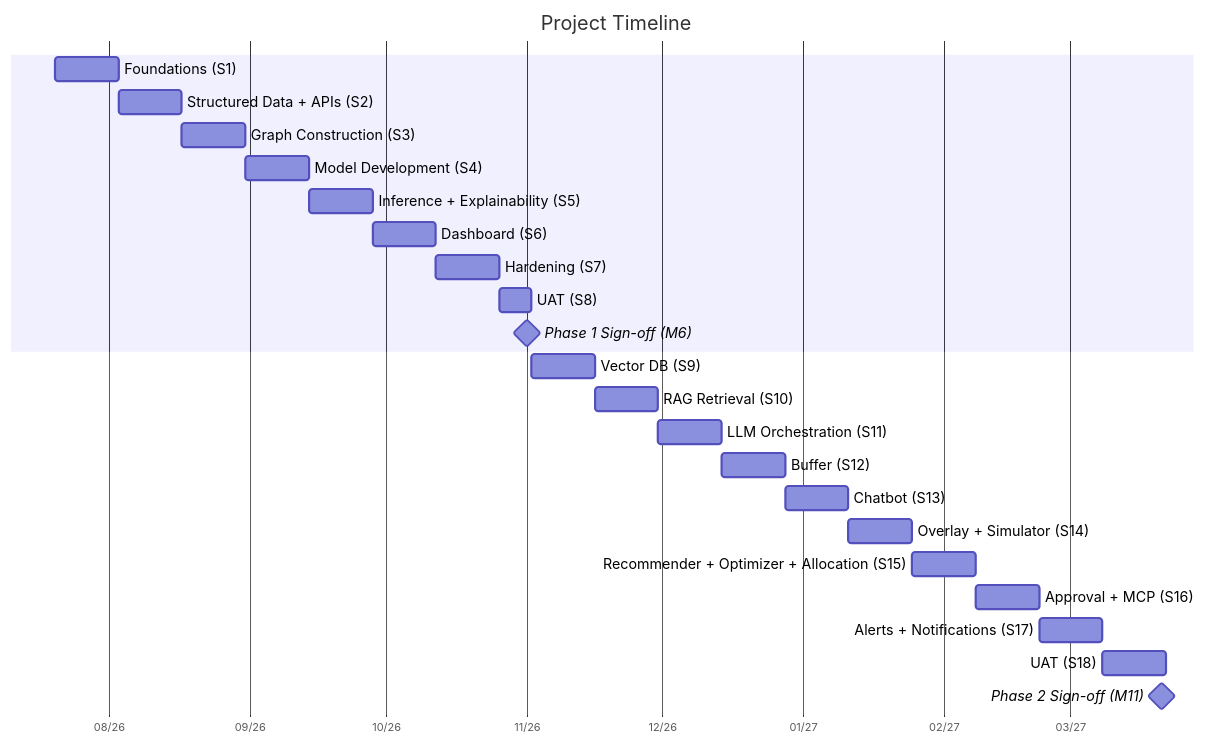
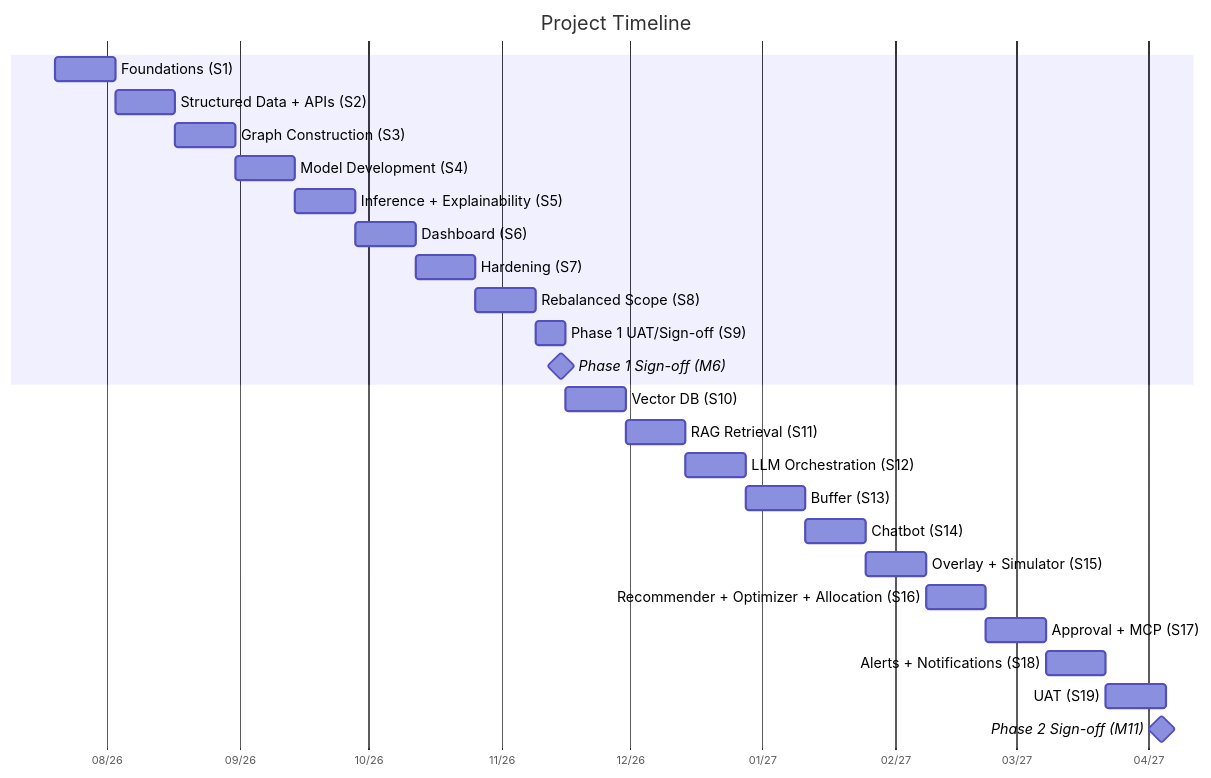
Before and after one commit to murali-ftw/ChainPilot: the fourth of 4 diagrams in docs/14_Project_Roadmap.md, drawn with Mermaid. The commit also changed other lines of this file and 20 other files, not shown here.

Commit message:
Added New Architecture

````diff
--- a/docs/14_Project_Roadmap.md
+++ b/docs/14_Project_Roadmap.md
@@ -195,28 +202,29 @@
 ```mermaid
 %%{init: {'gantt': {'useMaxWidth': false, 'axisFormat': '%m/%y', 'tickInterval': '1month', 'topPadding': 50, 'leftPadding': 40, 'rightPadding': 50, 'barHeight': 22, 'barGap': 8, 'fontSize': 13, 'sectionFontSize': 13}}}%%
 gantt
     title Project Timeline
     dateFormat  YYYY-MM-DD
     section  
     Foundations (S1)                            :2026-07-20, 14d
     Structured Data + APIs (S2)                 :2026-08-03, 14d
     Graph Construction (S3)                     :2026-08-17, 14d
     Model Development (S4)                      :2026-08-31, 14d
     Inference + Explainability (S5)             :2026-09-14, 14d
     Dashboard (S6)                               :2026-09-28, 14d
     Hardening (S7)                               :2026-10-12, 14d
-    UAT (S8)                                     :2026-10-26, 7d
-    Phase 1 Sign-off (M6)                        :milestone, 2026-11-01, 0d
+    Rebalanced Scope (S8)                        :2026-10-26, 14d
+    Phase 1 UAT/Sign-off (S9)                    :2026-11-09, 7d
+    Phase 1 Sign-off (M6)                        :milestone, 2026-11-15, 0d
     section   
-    Vector DB (S9)                               :2026-11-02, 14d
-    RAG Retrieval (S10)                          :2026-11-16, 14d
-    LLM Orchestration (S11)                      :2026-11-30, 14d
-    Buffer (S12)                                 :2026-12-14, 14d
-    Chatbot (S13)                                :2026-12-28, 14d
-    Overlay + Simulator (S14)                    :2027-01-11, 14d
-    Recommender + Optimizer + Allocation (S15)   :2027-01-25, 14d
-    Approval + MCP (S16)                         :2027-02-08, 14d
-    Alerts + Notifications (S17)                 :2027-02-22, 14d
-    UAT (S18)                                    :2027-03-08, 14d
-    Phase 2 Sign-off (M11)                       :milestone, 2027-03-21, 0d
+    Vector DB (S10)                              :2026-11-16, 14d
+    RAG Retrieval (S11)                          :2026-11-30, 14d
+    LLM Orchestration (S12)                      :2026-12-14, 14d
+    Buffer (S13)                                 :2026-12-28, 14d
+    Chatbot (S14)                                :2027-01-11, 14d
+    Overlay + Simulator (S15)                    :2027-01-25, 14d
+    Recommender + Optimizer + Allocation (S16)   :2027-02-08, 14d
+    Approval + MCP (S17)                         :2027-02-22, 14d
+    Alerts + Notifications (S18)                 :2027-03-08, 14d
+    UAT (S19)                                    :2027-03-22, 14d
+    Phase 2 Sign-off (M11)                       :milestone, 2027-04-04, 0d
 ```
````
